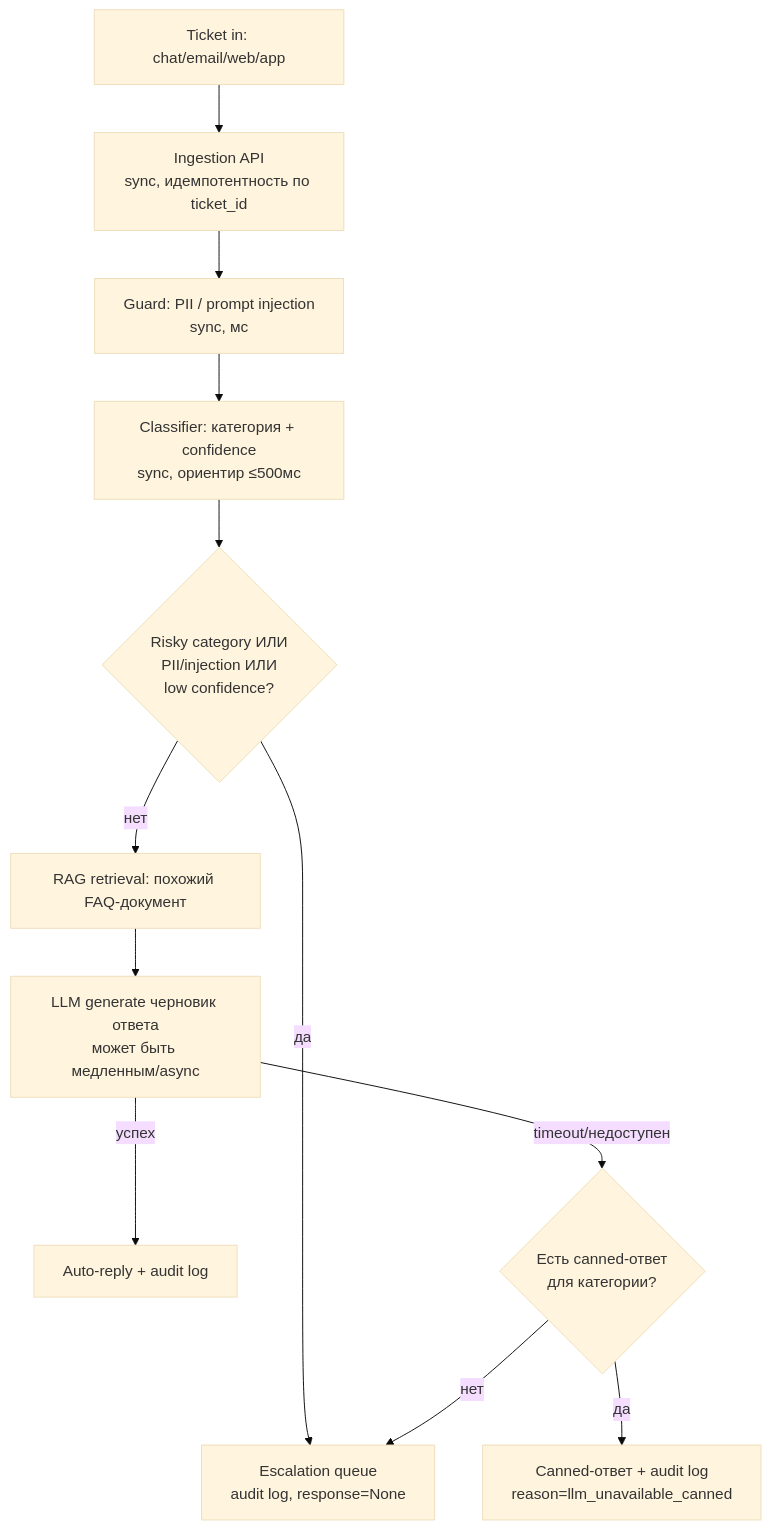
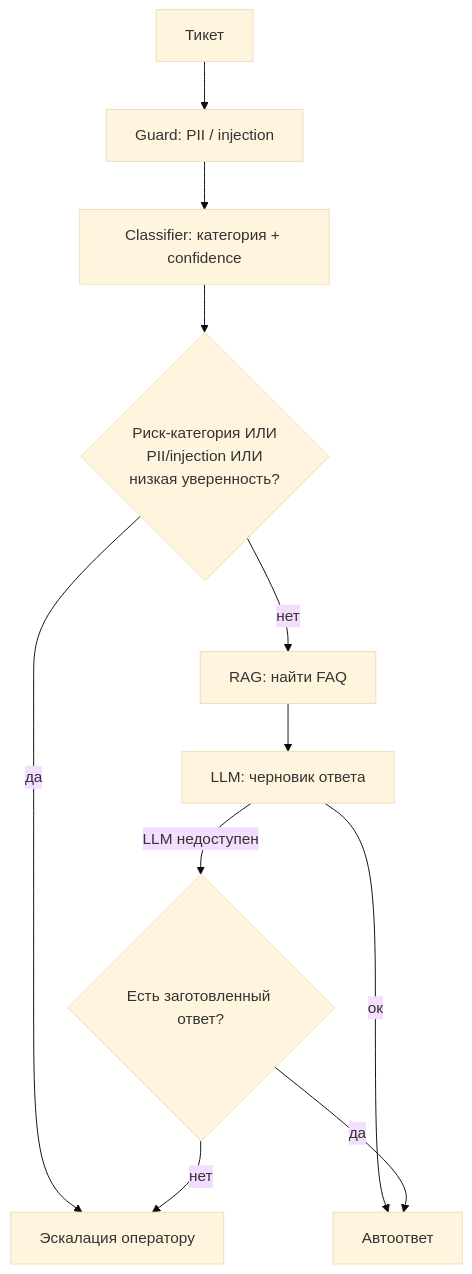
The diagram in docs/architecture.md (mikhart7/ai_system_design_project), drawn with Mermaid (base theme) before and after one commit. The commit also changed other lines of this file and 5 other files, not shown here.

````diff
--- a/docs/architecture.md
+++ b/docs/architecture.md
@@ -15,14 +14,13 @@
 ```mermaid
 flowchart TD
-    A[Ticket in: chat/email/web/app] --> B[Ingestion API<br/>sync, идемпотентность по ticket_id]
-    B --> C[Guard: PII / prompt injection<br/>sync, мс]
-    C --> D[Classifier: категория + confidence<br/>sync, ориентир ≤500мс]
-    D --> E{Risky category ИЛИ<br/>PII/injection ИЛИ<br/>low confidence?}
-    E -->|да| F[Escalation queue<br/>audit log, response=None]
-    E -->|нет| G[RAG retrieval: похожий FAQ-документ]
-    G --> H[LLM generate черновик ответа<br/>может быть медленным/async]
-    H -->|успех| I[Auto-reply + audit log]
-    H -->|timeout/недоступен| J{Есть canned-ответ<br/>для категории?}
-    J -->|да| K[Canned-ответ + audit log<br/>reason=llm_unavailable_canned]
-    J -->|нет| F
+    A[Тикет] --> B[Guard: PII / injection]
+    B --> C[Classifier: категория + confidence]
+    C --> D{Риск-категория ИЛИ<br/>PII/injection ИЛИ<br/>низкая уверенность?}
+    D -->|да| E[Эскалация оператору]
+    D -->|нет| F[RAG: найти FAQ]
+    F --> G[LLM: черновик ответа]
+    G -->|ок| H[Автоответ]
+    G -->|LLM недоступен| I{Есть заготовленный ответ?}
+    I -->|да| H
+    I -->|нет| E
 ```
````
